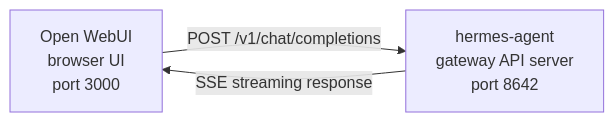
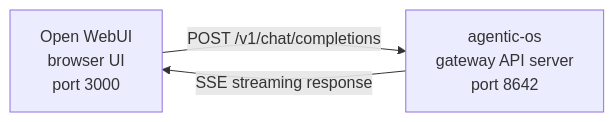
One commit to subhxroy/agentic-os changed the diagram in agentic-os/website/docs/user-guide/messaging/open-webui.md. Above: the diagram before and after it, drawn with Mermaid. The commit also changed other lines of this file and 2218 other files, not shown here.

Commit message:
refactor: rename all remaining Hermes files, folders, env vars, tests, and documentation to Agentic OS

````diff
--- a/agentic-os/website/docs/user-guide/messaging/open-webui.md
+++ b/agentic-os/website/docs/user-guide/messaging/open-webui.md
@@ -13,7 +13,7 @@
 ```mermaid
 flowchart LR
     A["Open WebUI<br/>browser UI<br/>port 3000"]
-    B["hermes-agent<br/>gateway API server<br/>port 8642"]
+    B["agentic-os<br/>gateway API server<br/>port 8642"]
     A -->|POST /v1/chat/completions| B
     B -->|SSE streaming response| A
 ```
````
